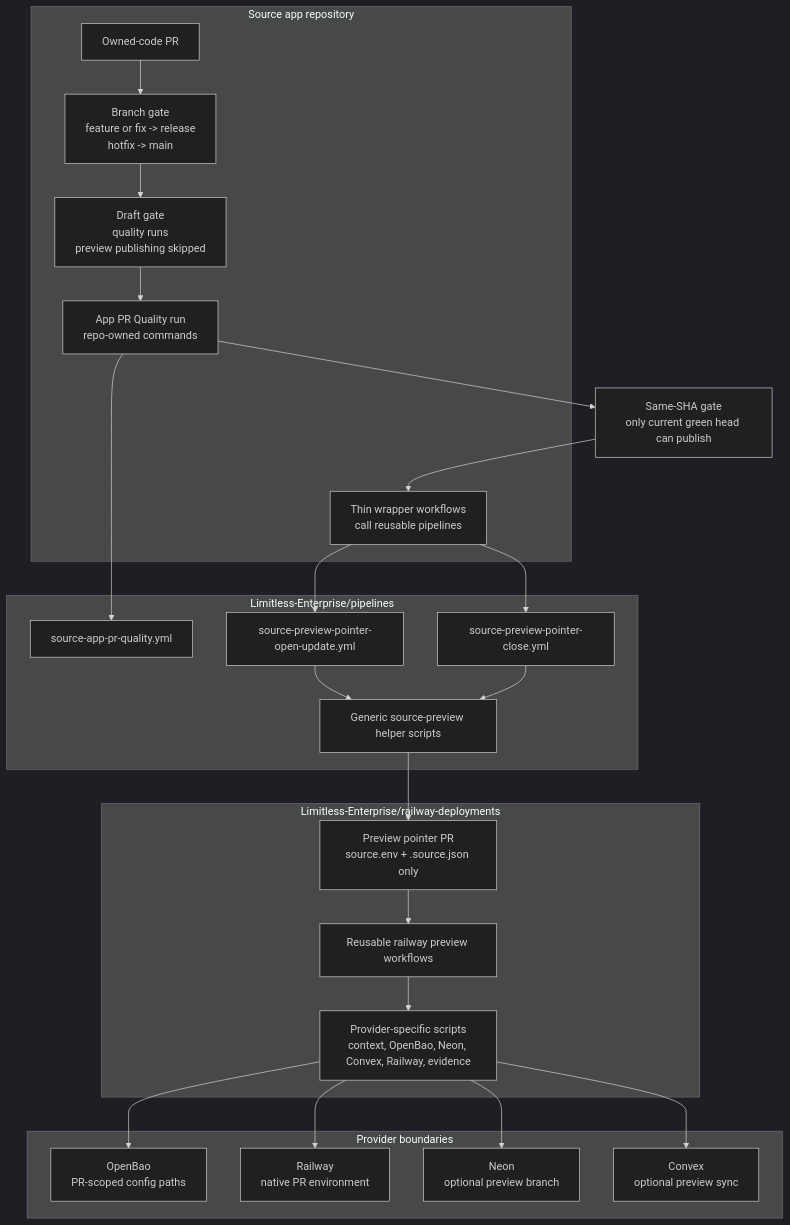
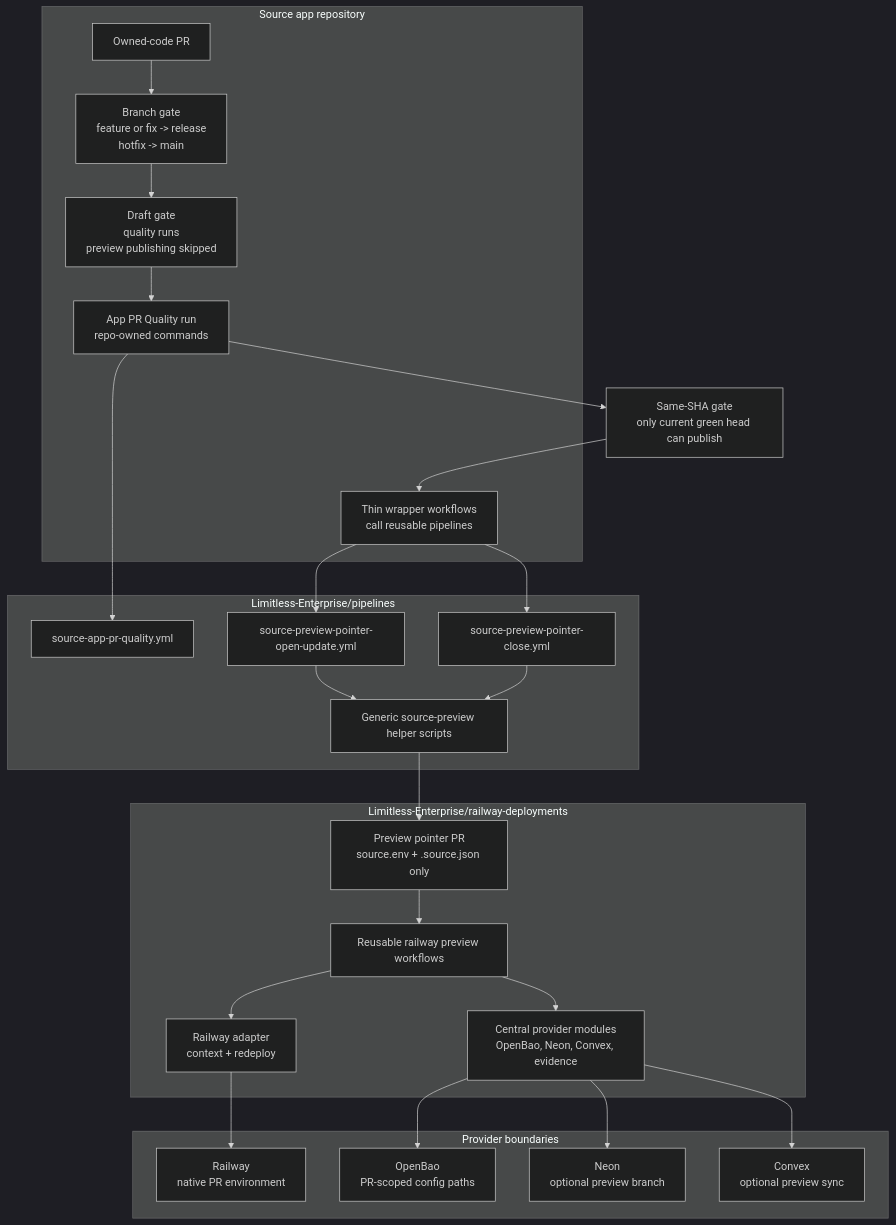
One commit to Limitless-Enterprise/pipelines changed the first of 7 diagrams in docs/pr-preview-pipelines.md. Above: the diagram before and after it, drawn with Mermaid (dark theme). The commit also changed other lines of this file and 11 other files, not shown here.

Commit message:
refactor: centralize preview provider modules

````diff
--- a/docs/pr-preview-pipelines.md
+++ b/docs/pr-preview-pipelines.md
@@ -58,48 +60,50 @@
 ```mermaid
 flowchart TD
   subgraph SourceRepo["Source app repository"]
     SourcePR["Owned-code PR"]
     BranchGate["Branch gate\nfeature or fix -> release\nhotfix -> main"]
     DraftGate["Draft gate\nquality runs\npreview publishing skipped"]
     QualityRun["App PR Quality run\nrepo-owned commands"]
     ThinWrappers["Thin wrapper workflows\ncall reusable pipelines"]
   end
 
   subgraph CentralPipelines["Limitless-Enterprise/pipelines"]
     ReusableQuality["source-app-pr-quality.yml"]
     PointerOpen["source-preview-pointer-open-update.yml"]
     PointerClose["source-preview-pointer-close.yml"]
     Helpers["Generic source-preview helper scripts"]
   end
 
   subgraph DeploymentRepo["Limitless-Enterprise/railway-deployments"]
     PointerPR["Preview pointer PR\nsource.env + .source.json only"]
     DeploymentWorkflows["Reusable railway preview workflows"]
-    ProviderScripts["Provider-specific scripts\ncontext, OpenBao, Neon, Convex, Railway, evidence"]
+    RailwayAdapter["Railway adapter\ncontext + redeploy"]
+    ProviderModules["Central provider modules\nOpenBao, Neon, Convex, evidence"]
   end
 
   subgraph Providers["Provider boundaries"]
     OpenBao["OpenBao\nPR-scoped config paths"]
     Railway["Railway\nnative PR environment"]
     Neon["Neon\noptional preview branch"]
     Convex["Convex\noptional preview sync"]
   end
 
   SourcePR --> BranchGate
   BranchGate --> DraftGate
   DraftGate --> QualityRun
   QualityRun --> ReusableQuality
   QualityRun --> SameShaGate["Same-SHA gate\nonly current green head can publish"]
   SameShaGate --> ThinWrappers
   ThinWrappers --> PointerOpen
   ThinWrappers --> PointerClose
   PointerOpen --> Helpers
   PointerClose --> Helpers
   Helpers --> PointerPR
   PointerPR --> DeploymentWorkflows
-  DeploymentWorkflows --> ProviderScripts
-  ProviderScripts --> OpenBao
-  ProviderScripts --> Railway
-  ProviderScripts --> Neon
-  ProviderScripts --> Convex
+  DeploymentWorkflows --> RailwayAdapter
+  DeploymentWorkflows --> ProviderModules
+  RailwayAdapter --> Railway
+  ProviderModules --> OpenBao
+  ProviderModules --> Neon
+  ProviderModules --> Convex
 ```
````
